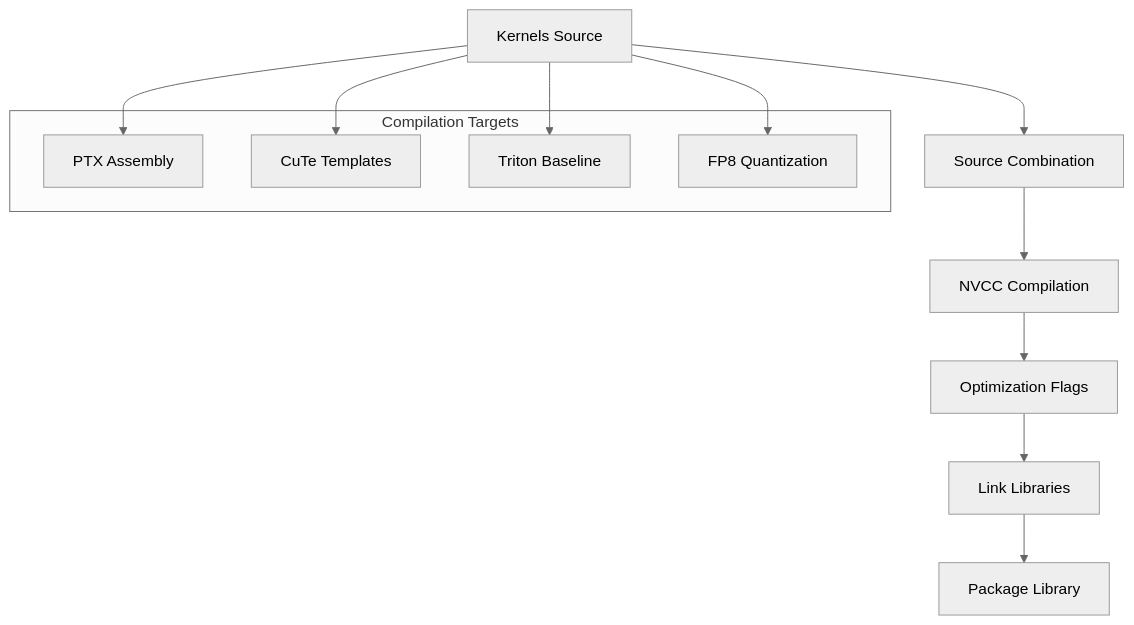
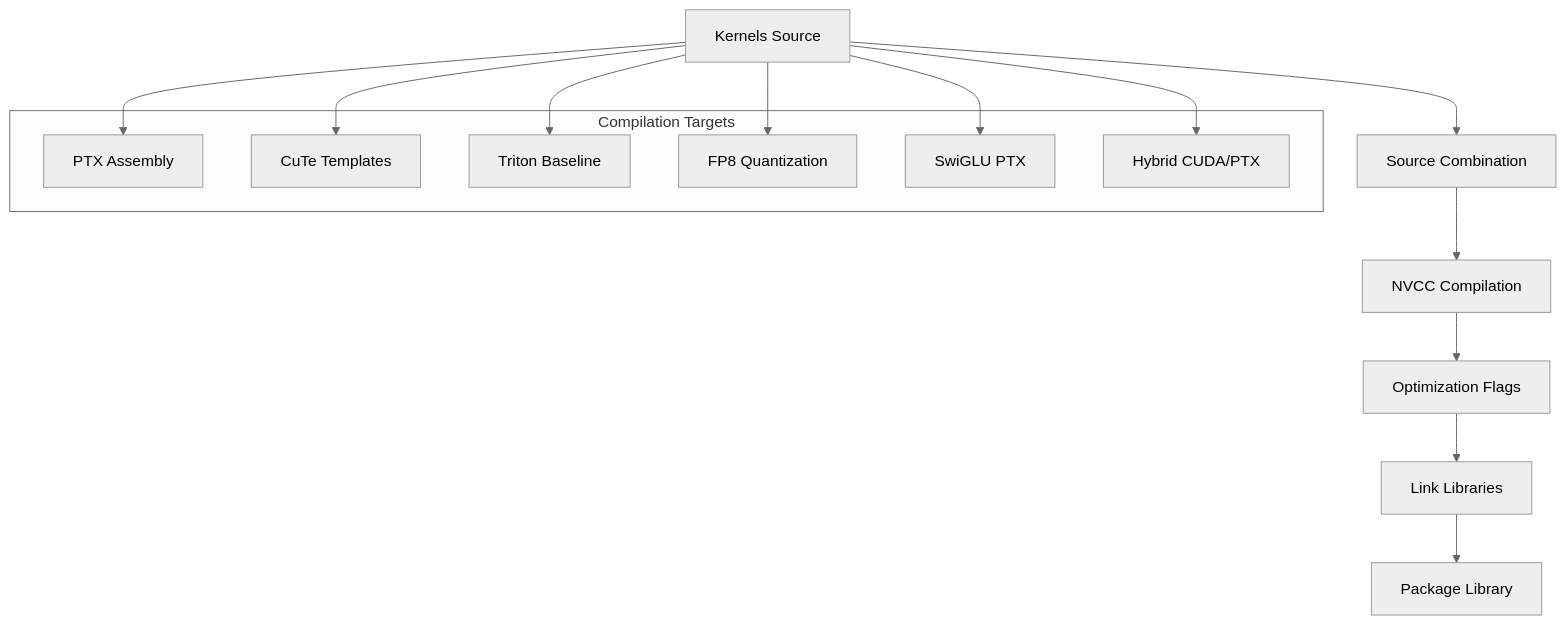
One commit to gugudeshubao/flashinfer-bench-tma-thrust changed diagram 11 of 16 in .qoder/repowiki/en/content/Core Kernels/PTX Inline Assembly Kernel Framework.md. Above: the diagram before and after it, drawn with Mermaid (neutral theme). The commit also changed other lines of this file and 46 other files, not shown here.

````diff
--- a/.qoder/repowiki/en/content/Core Kernels/PTX Inline Assembly Kernel Framework.md
+++ b/.qoder/repowiki/en/content/Core Kernels/PTX Inline Assembly Kernel Framework.md
@@ -292,18 +391,22 @@
 ```mermaid
 flowchart TD
 Source[Kernels Source] --> Combine[Source Combination]
 Combine --> Compile[NVCC Compilation]
 Compile --> Optimize[Optimization Flags]
 Optimize --> Link[Link Libraries]
 Link --> Package[Package Library]
 subgraph "Compilation Targets"
 PTX[PTX Assembly]
 CuTe[CuTe Templates]
 Triton[Triton Baseline]
 FP8[FP8 Quantization]
+SwiGLU[SwiGLU PTX]
+Hybrid[Hybrid CUDA/PTX]
 end
 Source --> PTX
 Source --> CuTe
 Source --> Triton
 Source --> FP8
+Source --> SwiGLU
+Source --> Hybrid
 ```
````
